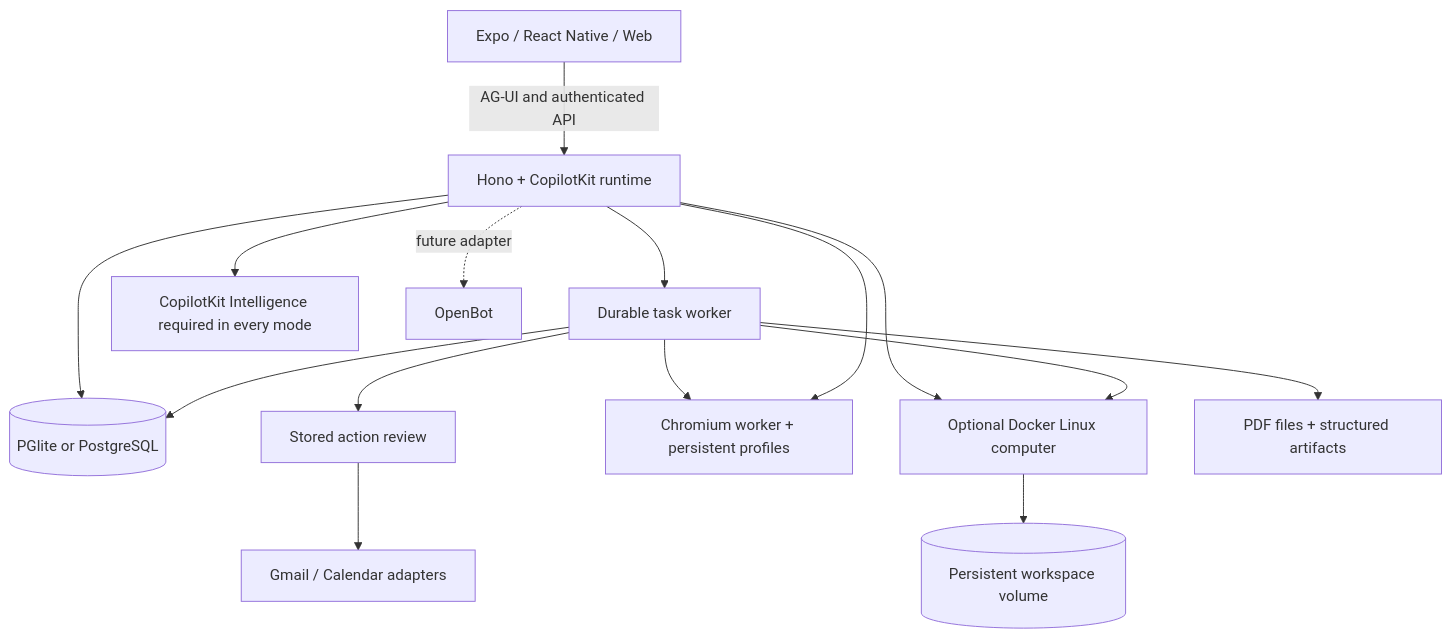
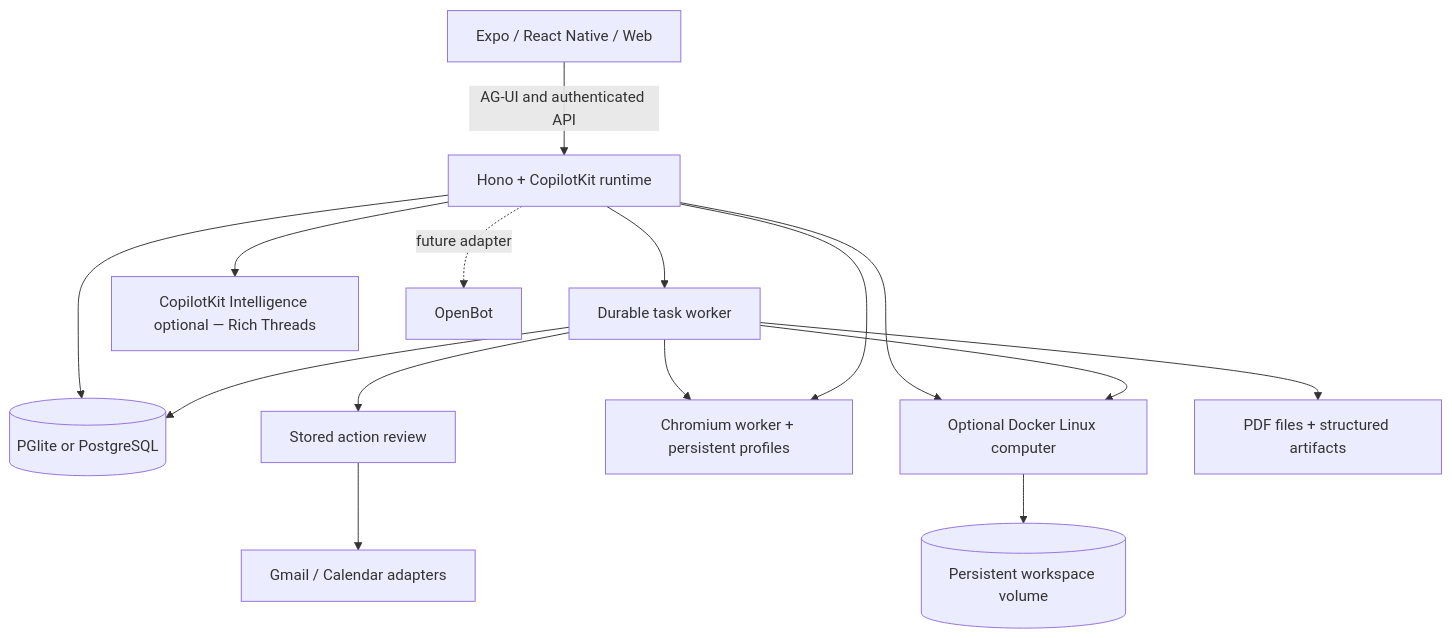
The diagram in README.md (CopilotKit/openmuse), drawn with Mermaid before and after one commit. The commit also changed other lines of this file and 10 other files, not shown here.

First line of the commit message:
feat(server): make CopilotKit Intelligence project key optional

````diff
--- a/README.md
+++ b/README.md
@@ -146,17 +146,17 @@
 ```mermaid
 flowchart TD
   Client[Expo / React Native / Web] -->|AG-UI and authenticated API| API[Hono + CopilotKit runtime]
   API --> Tasks[Durable task worker]
-  API --> Threads[CopilotKit Intelligence required in every mode]
+  API --> Threads[CopilotKit Intelligence optional — Rich Threads]
   API --> Store[(PGlite or PostgreSQL)]
   Tasks --> Store
   Tasks --> Review[Stored action review]
   Review --> Google[Gmail / Calendar adapters]
   Tasks --> Browser[Chromium worker + persistent profiles]
   API --> Browser
   API --> Computer[Optional Docker Linux computer]
   Tasks --> Computer
   Computer --> Volume[(Persistent workspace volume)]
   Tasks --> Files[PDF files + structured artifacts]
   API -. future adapter .-> OpenBot[OpenBot]
 ```
````
